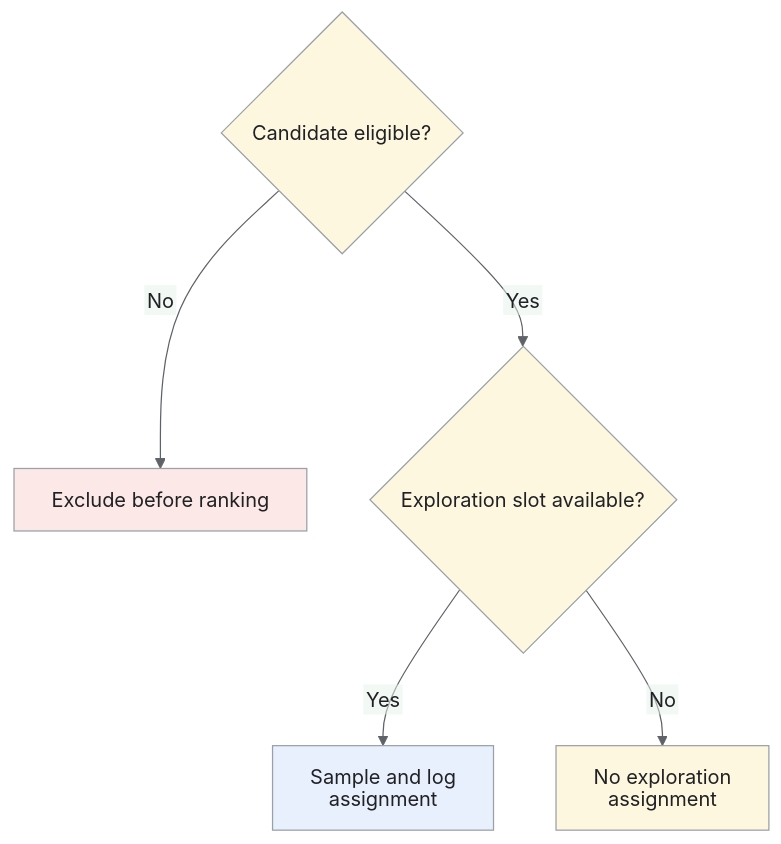
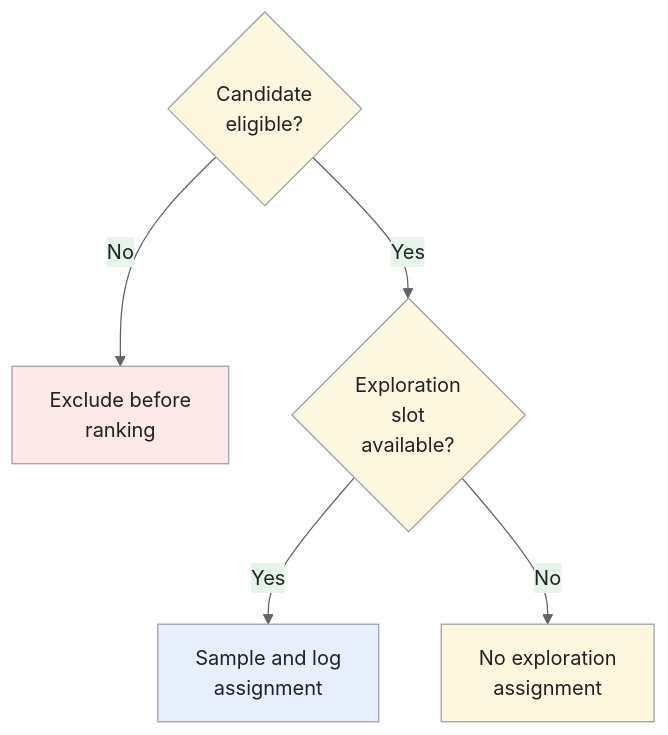
Before and after one commit to iliazlobin/iliazlobin.github.io: the sixth of 7 diagrams in _designs/news-feed-ranking.md, drawn with Mermaid. The commit also changed other lines of this file and 116 other files, not shown here.

````diff
--- a/_designs/news-feed-ranking.md
+++ b/_designs/news-feed-ranking.md
@@ -364,15 +377,15 @@
 ```mermaid
-%%{init: {'theme':'base','htmlLabels':false,'flowchart':{'htmlLabels':false},'themeVariables':{'fontFamily':'Arial, sans-serif','primaryColor':'#e8f0fe','primaryTextColor':'#202124','primaryBorderColor':'#9aa0a6','lineColor':'#5f6368','secondaryColor':'#e6f4ea','tertiaryColor':'#fef7e0','actorBkg':'#e8f0fe','actorBorder':'#9aa0a6','actorTextColor':'#202124','noteBkgColor':'#fef7e0','noteTextColor':'#202124','noteBorderColor':'#9aa0a6','signalColor':'#5f6368','signalTextColor':'#202124','labelBoxBkgColor':'#fef7e0','labelBoxBorderColor':'#9aa0a6'}}}%%
+%%{init: {'theme':'base','themeVariables':{'primaryColor':'#e8f0fe','primaryTextColor':'#202124','primaryBorderColor':'#9aa0a6','lineColor':'#5f6368','secondaryColor':'#e6f4ea','tertiaryColor':'#fef7e0','actorBkg':'#e8f0fe','actorBorder':'#9aa0a6','actorTextColor':'#202124','noteBkgColor':'#fef7e0','noteTextColor':'#202124','noteBorderColor':'#9aa0a6','signalColor':'#5f6368','signalTextColor':'#202124','labelBoxBkgColor':'#fef7e0','labelBoxBorderColor':'#9aa0a6'}}}%%
 flowchart TB
-    A{"Candidate eligible?"} -->|"No"| B["Exclude before ranking"]
-    A -->|"Yes"| C{"Exploration slot available?"}
-    C -->|"Yes"| D["Sample and log assignment"]
-    C -->|"No"| E["No exploration assignment"]
+    A{"Candidate<br>eligible?"} -->|"No"| B["Exclude before<br>ranking"]
+    A -->|"Yes"| C{"Exploration<br>slot<br>available?"}
+    C -->|"Yes"| D["Sample and log<br>assignment"]
+    C -->|"No"| E["No exploration<br>assignment"]
     class A,C,E control;
     class D request;
     class B danger;
 classDef request fill:#e8f0fe,stroke:#9aa0a6,color:#202124;
 classDef data fill:#e6f4ea,stroke:#9aa0a6,color:#202124;
 classDef control fill:#fef7e0,stroke:#9aa0a6,color:#202124;
 classDef danger fill:#fce8e6,stroke:#9aa0a6,color:#202124;
 ```
````
